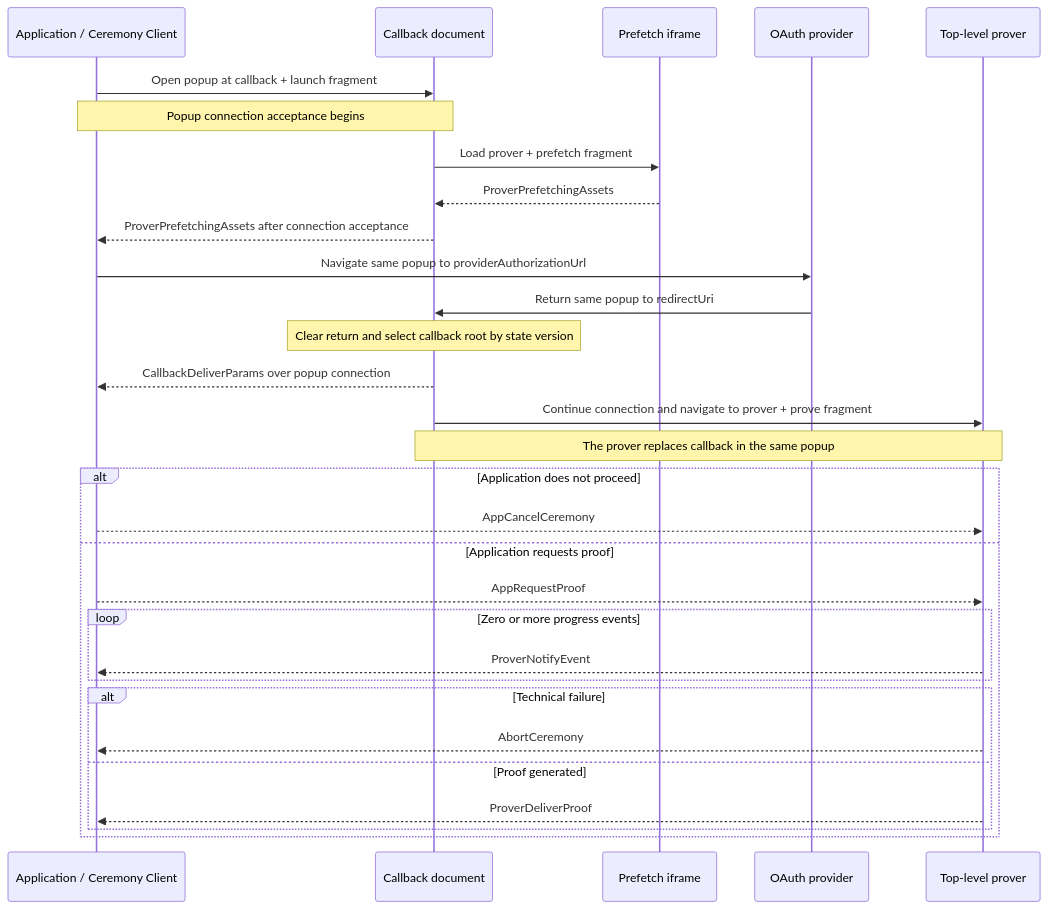
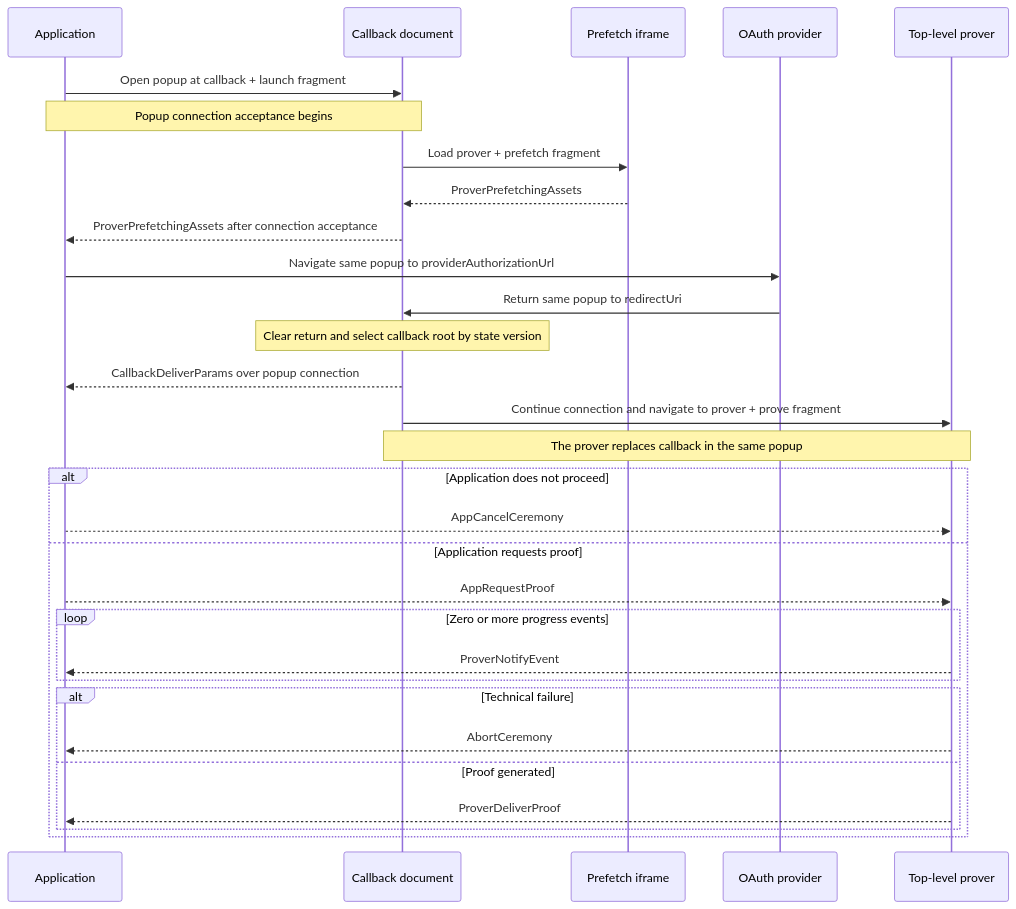
One commit to libid-org/libid changed the diagram in ts/packages/ceremony/CCDP.md. Above: the diagram before and after it, drawn with Mermaid. The commit also changed other lines of this file and 2 other files, not shown here.

Commit message:
docs(ceremony): separate CCDP protocol from implementation

````diff
--- a/ts/packages/ceremony/CCDP.md
+++ b/ts/packages/ceremony/CCDP.md
@@ -232,33 +185,33 @@
 ```mermaid
 sequenceDiagram
-    participant A as Application / Ceremony Client
+    participant A as Application
     participant C as Callback document
     participant F as Prefetch iframe
     participant O as OAuth provider
     participant P as Top-level prover
 
     A->>C: Open popup at callback + launch fragment
     Note over A,C: Popup connection acceptance begins
     C->>F: Load prover + prefetch fragment
     F-->>C: ProverPrefetchingAssets
     C-->>A: ProverPrefetchingAssets after connection acceptance
     A->>O: Navigate same popup to providerAuthorizationUrl
     O->>C: Return same popup to redirectUri
     Note over C: Clear return and select callback root by state version
     C-->>A: CallbackDeliverParams over popup connection
     C->>P: Continue connection and navigate to prover + prove fragment
     Note over C,P: The prover replaces callback in the same popup
     alt Application does not proceed
         A-->>P: AppCancelCeremony
     else Application requests proof
         A-->>P: AppRequestProof
         loop Zero or more progress events
             P-->>A: ProverNotifyEvent
         end
         alt Technical failure
             P-->>A: AbortCeremony
         else Proof generated
             P-->>A: ProverDeliverProof
         end
     end
 ```
````
